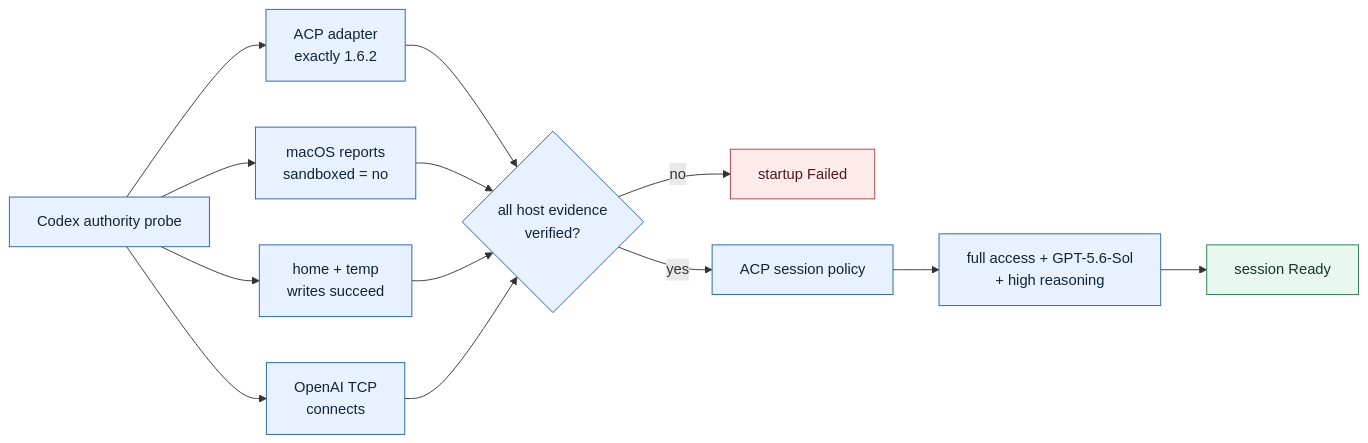
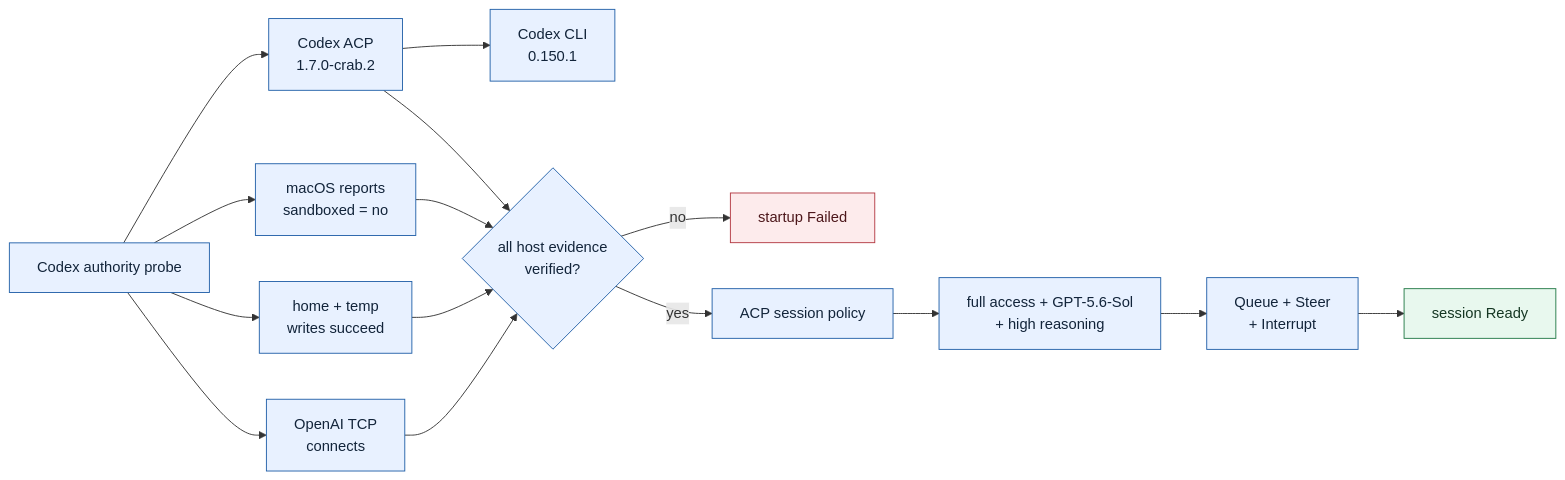
The diagram in v2/docs/codex-authority-flow.mmd (fontanierh/crab), drawn with Mermaid before and after one commit. The commit also changed 13 other files, not shown here.

```diff
--- a/v2/docs/codex-authority-flow.mmd
+++ b/v2/docs/codex-authority-flow.mmd
@@ -1,22 +1,24 @@
 flowchart LR
-    P["Codex authority probe"] --> A["ACP adapter<br/>exactly 1.6.2"]
+    P["Codex authority probe"] --> A["Codex ACP<br/>1.7.0-crab.2"]
+    A --> V["Codex CLI<br/>0.150.1"]
     P --> S["macOS reports<br/>sandboxed = no"]
     P --> F["home + temp<br/>writes succeed"]
     P --> N["OpenAI TCP<br/>connects"]
 
     A --> H{"all host evidence<br/>verified?"}
     S --> H
     F --> H
     N --> H
 
     H -->|no| X["startup Failed"]
     H -->|yes| C["ACP session policy"]
     C --> M["full access + GPT-5.6-Sol<br/>+ high reasoning"]
-    M --> R["session Ready"]
+    M --> T["Queue + Steer<br/>+ Interrupt"]
+    T --> R["session Ready"]
 
     classDef input fill:#e8f1ff,stroke:#2260a8,color:#12243a;
     classDef good fill:#e8f8ee,stroke:#237a47,color:#153723;
     classDef bad fill:#fdebec,stroke:#b43a43,color:#4d171b;
-    class P,A,S,F,N,H,C,M input;
+    class P,A,V,S,F,N,H,C,M,T input;
     class R good;
     class X bad;
```
